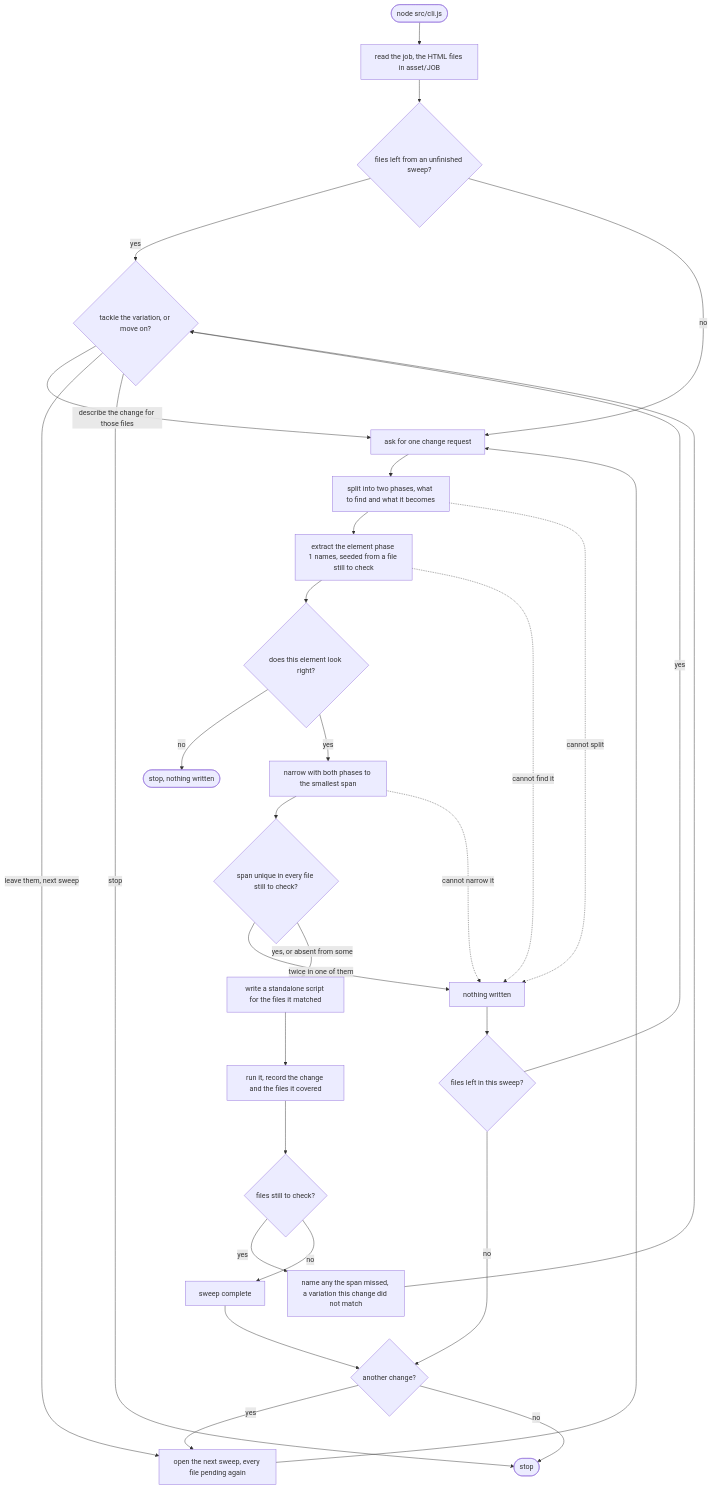
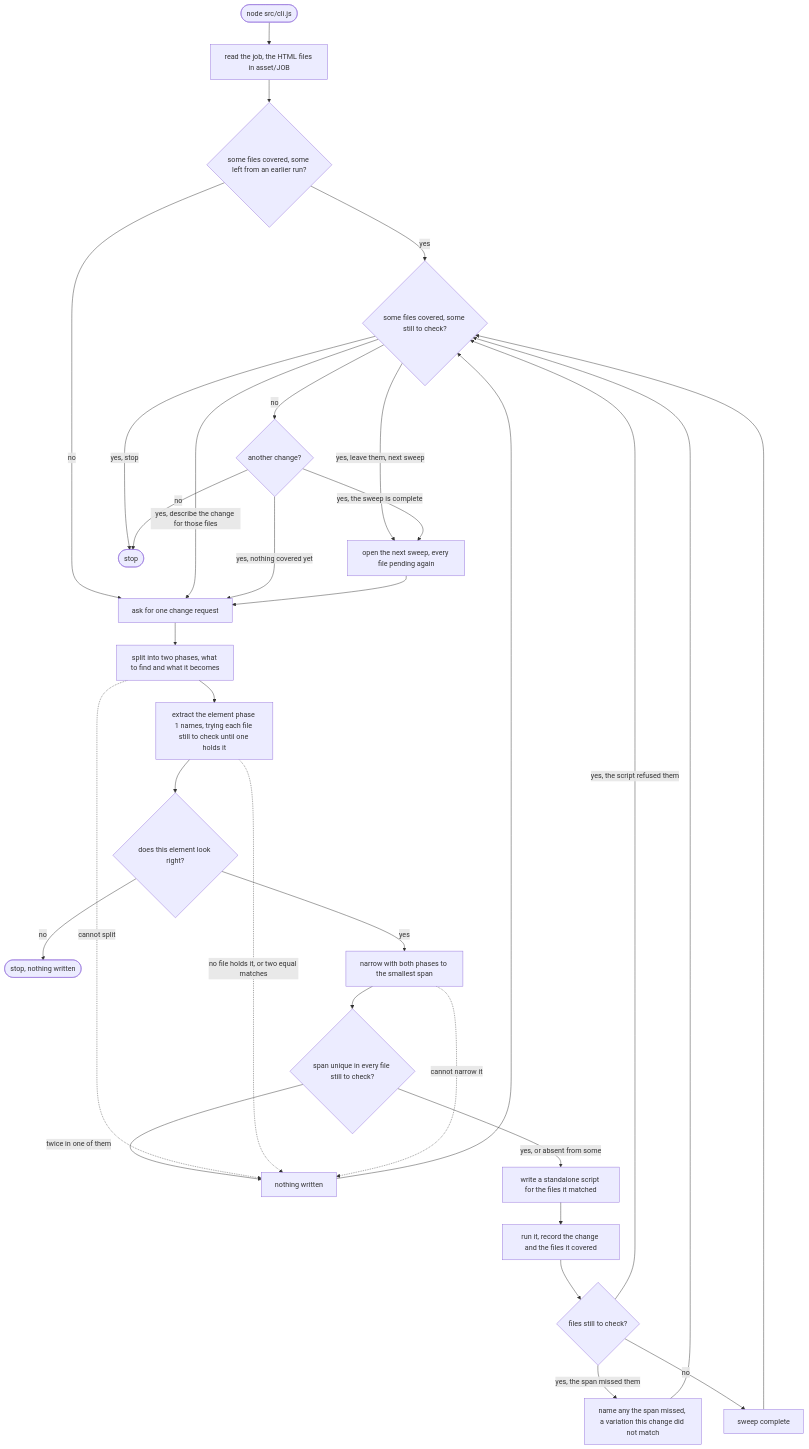
One commit to pkboom/supersede changed the diagram in README.md. Above: the diagram before and after it, drawn with Mermaid. The commit also changed other lines of this file and 8 other files, not shown here.

````diff
--- a/README.md
+++ b/README.md
@@ -11,39 +10,41 @@
 ```mermaid
 flowchart TD
     run(["node src/cli.js"]) --> read["read the job, the HTML files in asset/JOB"]
-    read --> resume{"files left from an unfinished sweep?"}
-    resume -->|yes| choose{"tackle the variation, or move on?"}
+    read --> resume{"some files covered, some left from an earlier run?"}
+    resume -->|yes| next
     resume -->|no| ask["ask for one change request"]
 
     ask --> split["split into two phases, what to find and what it becomes"]
-    split --> extract["extract the element phase 1 names, seeded from a file still to check"]
+    split --> extract["extract the element phase 1 names, trying each file still to check until one holds it"]
     extract --> looks{"does this element look right?"}
     looks -->|no| stopped(["stop, nothing written"])
     looks -->|yes| narrow["narrow with both phases to the smallest span"]
 
     narrow --> unique{"span unique in every file still to check?"}
     unique -->|twice in one of them| refused["nothing written"]
     unique -->|yes, or absent from some| write["write a standalone script for the files it matched"]
     write --> apply["run it, record the change and the files it covered"]
 
     apply --> anyleft{"files still to check?"}
-    anyleft -->|yes| warn["name any the span missed, a variation this change did not match"]
+    anyleft -->|yes, the span missed them| warn["name any the span missed, a variation this change did not match"]
+    anyleft -->|yes, the script refused them| next
     anyleft -->|no| complete["sweep complete"]
 
     split -.->|cannot split| refused
-    extract -.->|cannot find it| refused
+    extract -.->|no file holds it, or two equal matches| refused
     narrow -.->|cannot narrow it| refused
-    refused --> mid{"files left in this sweep?"}
-    mid -->|yes| choose
-    mid -->|no| again{"another change?"}
+    refused --> next
+    warn --> next
+    complete --> next
 
-    warn --> choose
-    choose -->|describe the change for those files| ask
-    choose -->|leave them, next sweep| opened["open the next sweep, every file pending again"]
-    choose -->|stop| done(["stop"])
+    next{"some files covered, some still to check?"}
+    next -->|yes, describe the change for those files| ask
+    next -->|yes, leave them, next sweep| opened["open the next sweep, every file pending again"]
+    next -->|yes, stop| done(["stop"])
+    next -->|no| again{"another change?"}
 
-    complete --> again
-    again -->|yes| opened
+    again -->|yes, the sweep is complete| opened
+    again -->|yes, nothing covered yet| ask
     again -->|no| done
     opened --> ask
 ```
````
